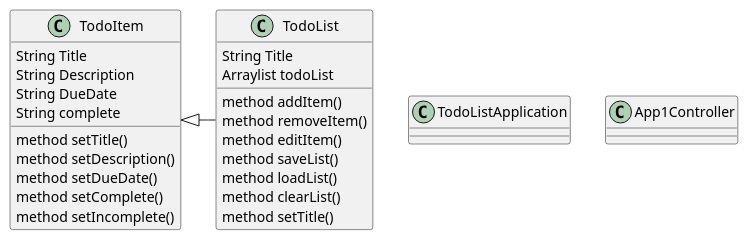
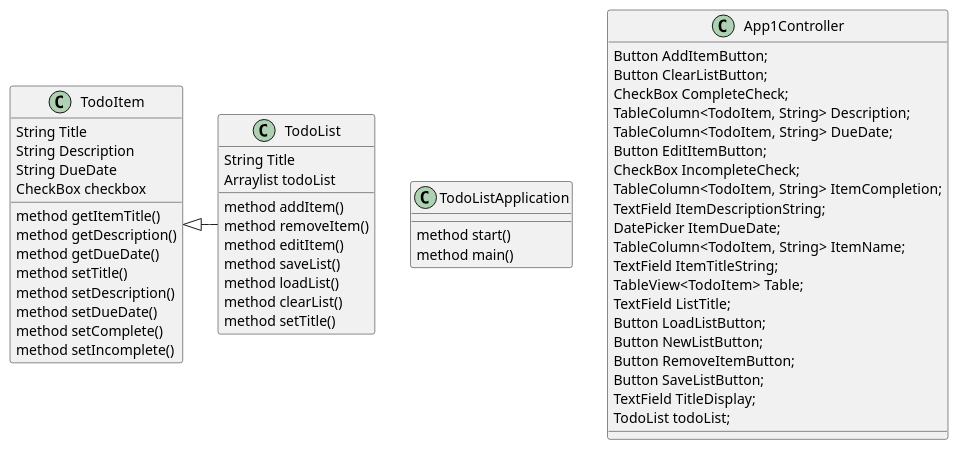
One commit to Nickel26/lopes-app1-imp changed the diagram in docs/AppUML.puml. Above: the diagram before and after it, drawn with PlantUML. The commit also changed 11 other files, not shown here.

```diff
--- a/docs/AppUML.puml
+++ b/docs/AppUML.puml
@@ -1,39 +1,63 @@
 @startuml
 'https://plantuml.com/class-diagram
 
 class TodoListApplication{
+method start()
+method main()
 }
 
 class App1Controller{
+    Button AddItemButton;
+    Button ClearListButton;
+    CheckBox CompleteCheck;
+    TableColumn<TodoItem, String> Description;
+    TableColumn<TodoItem, String> DueDate;
+    Button EditItemButton;
+    CheckBox IncompleteCheck;
+    TableColumn<TodoItem, String> ItemCompletion;
+    TextField ItemDescriptionString;
+    DatePicker ItemDueDate;
+    TableColumn<TodoItem, String> ItemName;
+    TextField ItemTitleString;
+    TableView<TodoItem> Table;
+    TextField ListTitle;
+    Button LoadListButton;
+    Button NewListButton;
+    Button RemoveItemButton;
+    Button SaveListButton;
+    TextField TitleDisplay;
+    TodoList todoList;
 }
-
 
 class TodoList{
     String Title
     Arraylist todoList
     method addItem()
     method removeItem()
     method editItem()
     method saveList()
     method loadList()
     method clearList()
     method setTitle()
 
 }
 
 class TodoItem{
     String Title
     String Description
     String DueDate
-    String complete
+    CheckBox checkbox
+    method getItemTitle()
+    method getDescription()
+    method getDueDate()
     method setTitle()
     method setDescription()
     method setDueDate()
     method setComplete()
     method setIncomplete()
 }
 
 TodoItem <|- TodoList
 
 
 @enduml
```
